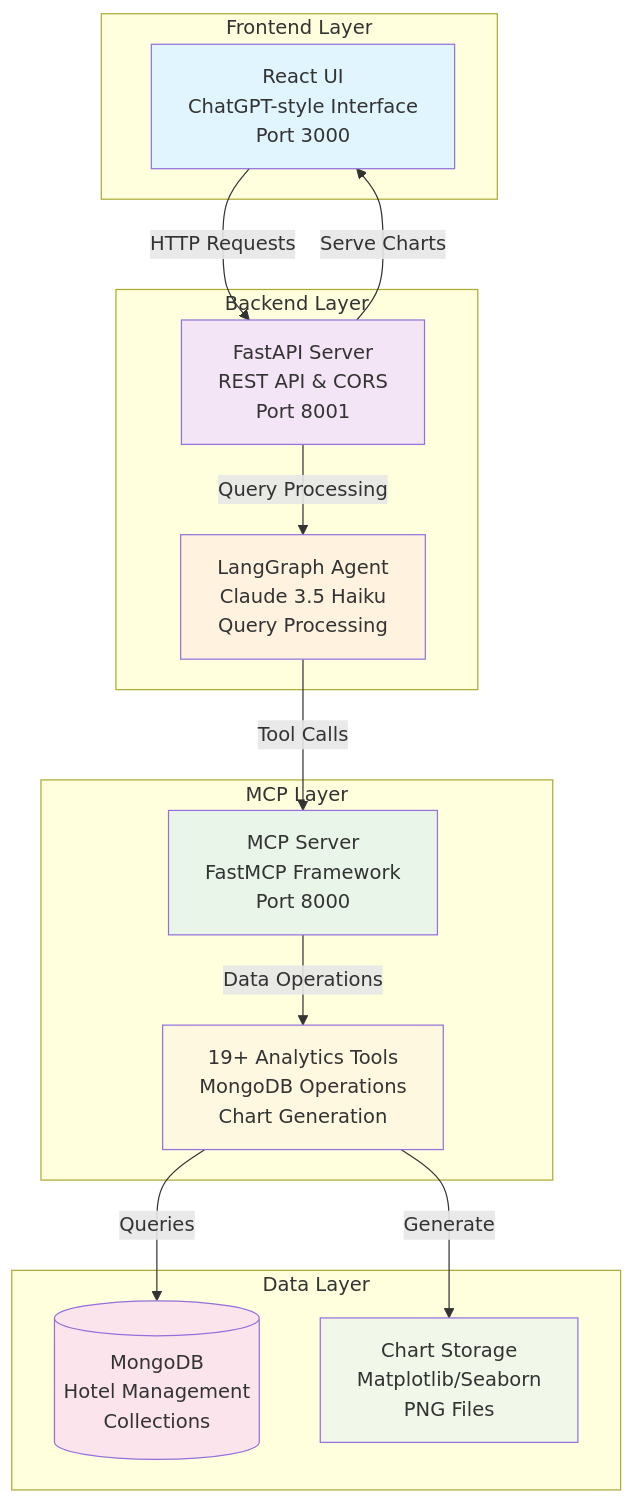
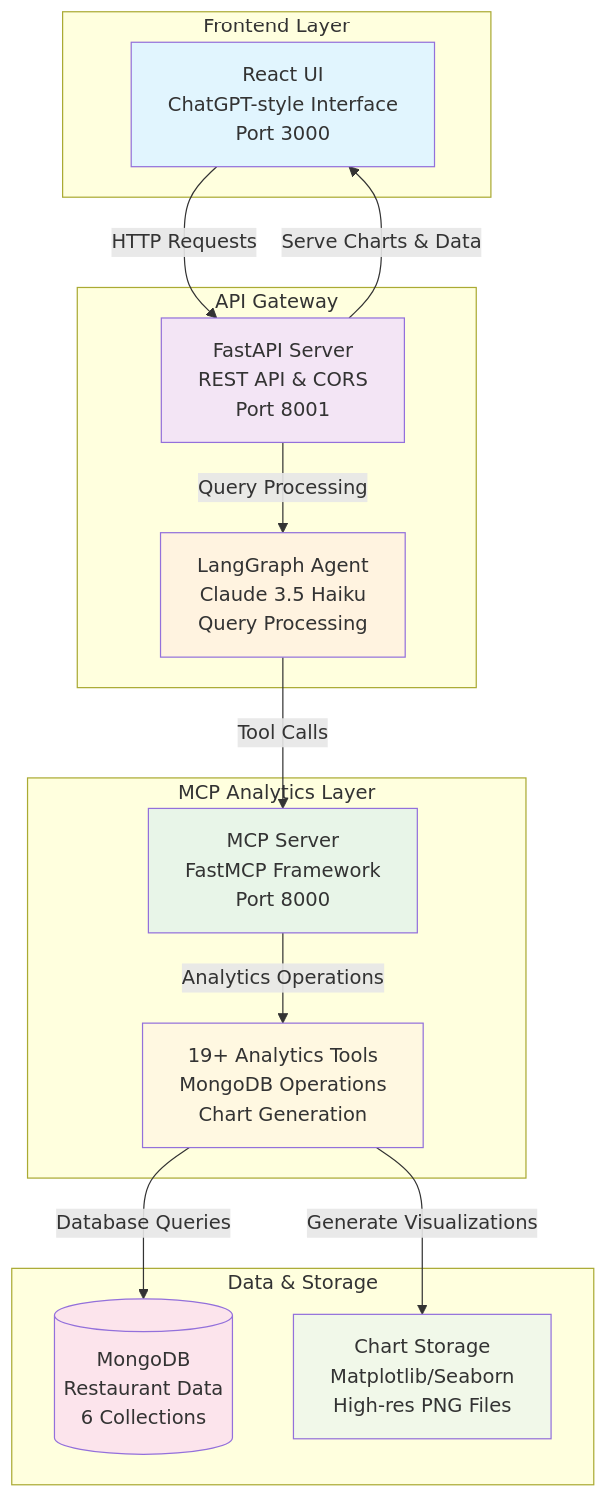
One commit to fnusatvik07/mongodb-agent changed the diagram in README.md. Above: the diagram before and after it, drawn with Mermaid. The commit also changed other lines of this file and 65 other files, not shown here.

````diff
--- a/README.md
+++ b/README.md
@@ -14,37 +17,37 @@
 ```mermaid
 graph TB
     subgraph "Frontend Layer"
         UI[React UI<br/>ChatGPT-style Interface<br/>Port 3000]
     end
     
-    subgraph "Backend Layer"
+    subgraph "API Gateway"
         API[FastAPI Server<br/>REST API & CORS<br/>Port 8001]
         AGENT[LangGraph Agent<br/>Claude 3.5 Haiku<br/>Query Processing]
     end
     
-    subgraph "MCP Layer"
+    subgraph "MCP Analytics Layer"
         MCP[MCP Server<br/>FastMCP Framework<br/>Port 8000]
         TOOLS[19+ Analytics Tools<br/>MongoDB Operations<br/>Chart Generation]
     end
     
-    subgraph "Data Layer"
-        DB[(MongoDB<br/>Hotel Management<br/>Collections)]
-        CHARTS[Chart Storage<br/>Matplotlib/Seaborn<br/>PNG Files]
+    subgraph "Data & Storage"
+        DB[(MongoDB<br/>Restaurant Data<br/>6 Collections)]
+        CHARTS[Chart Storage<br/>Matplotlib/Seaborn<br/>High-res PNG Files]
     end
     
     UI -->|HTTP Requests| API
     API -->|Query Processing| AGENT
     AGENT -->|Tool Calls| MCP
-    MCP -->|Data Operations| TOOLS
-    TOOLS -->|Queries| DB
-    TOOLS -->|Generate| CHARTS
-    API -->|Serve Charts| UI
+    MCP -->|Analytics Operations| TOOLS
+    TOOLS -->|Database Queries| DB
+    TOOLS -->|Generate Visualizations| CHARTS
+    API -->|Serve Charts & Data| UI
     
     style UI fill:#e1f5fe
     style API fill:#f3e5f5
     style AGENT fill:#fff3e0
     style MCP fill:#e8f5e8
     style TOOLS fill:#fff8e1
     style DB fill:#fce4ec
     style CHARTS fill:#f1f8e9
 ```
````
